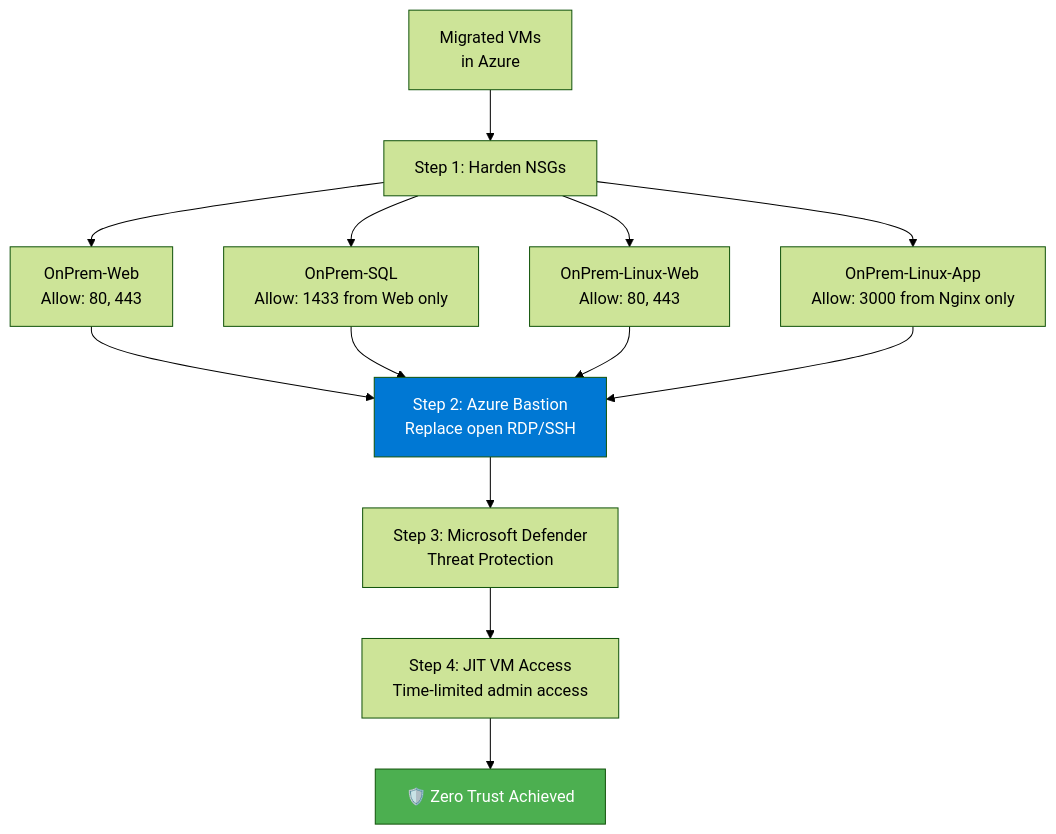
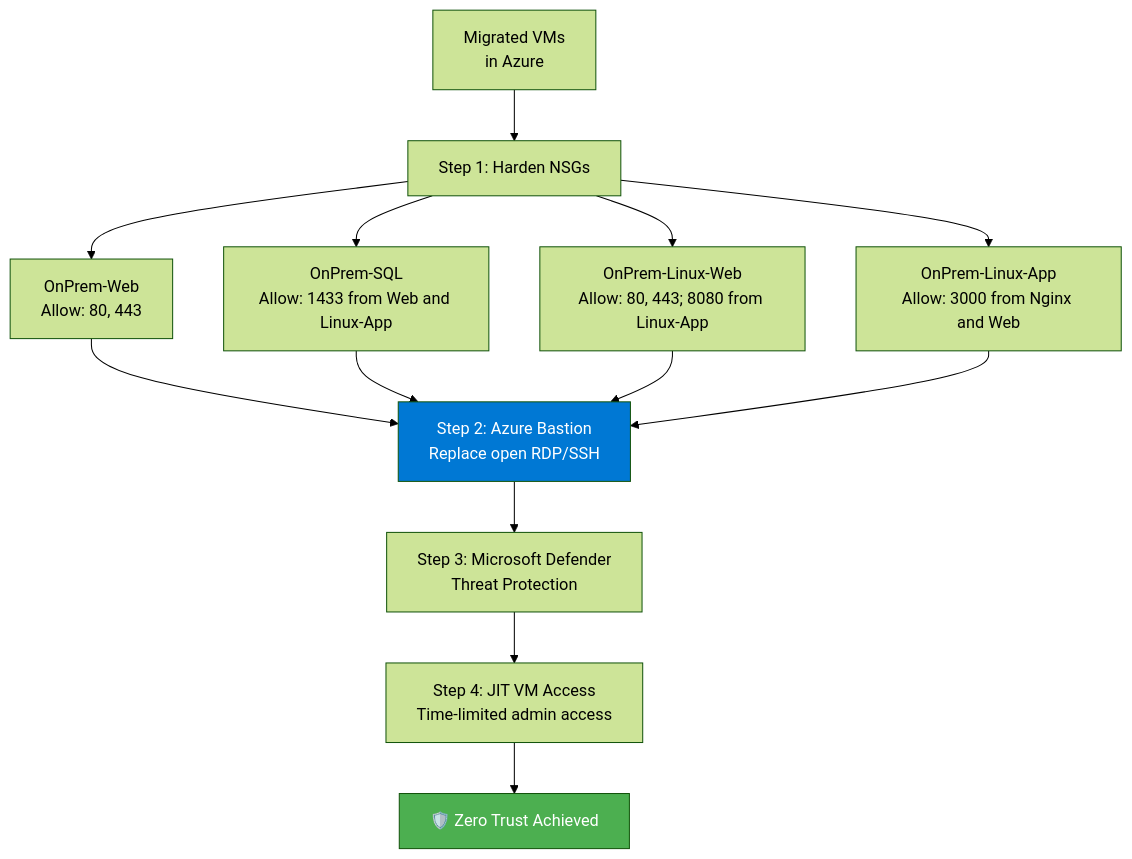
One commit to JBibbs19/azure-migrate-workshop changed the second of 4 diagrams in docs/Module-5-Post-Migration.md. Above: the diagram before and after it, drawn with Mermaid (forest theme). The commit also changed other lines of this file and 56 other files, not shown here.

````diff
--- a/docs/Module-5-Post-Migration.md
+++ b/docs/Module-5-Post-Migration.md
@@ -426,16 +436,16 @@
 ```mermaid
 flowchart TD
     Start["Migrated VMs<br/>in Azure"] --> NSG["Step 1: Harden NSGs"]
     NSG --> Web["OnPrem-Web<br/>Allow: 80, 443"]
-    NSG --> SQL["OnPrem-SQL<br/>Allow: 1433 from Web only"]
-    NSG --> Nginx["OnPrem-Linux-Web<br/>Allow: 80, 443"]
-    NSG --> TomcatApp["OnPrem-Linux-App<br/>Allow: 3000 from Nginx only"]
+    NSG --> SQL["OnPrem-SQL<br/>Allow: 1433 from Web and Linux-App"]
+    NSG --> Nginx["OnPrem-Linux-Web<br/>Allow: 80, 443; 8080 from Linux-App"]
+    NSG --> TomcatApp["OnPrem-Linux-App<br/>Allow: 3000 from Nginx and Web"]
 
     Web & SQL & Nginx & TomcatApp --> Bastion["Step 2: Azure Bastion<br/>Replace open RDP/SSH"]
     Bastion --> Defender["Step 3: Microsoft Defender<br/>Threat Protection"]
     Defender --> JIT["Step 4: JIT VM Access<br/>Time-limited admin access"]
     JIT --> Done["🛡️ Zero Trust Achieved"]
 
     style Done fill:#4CAF50,color:white
     style Bastion fill:#0078D4,color:white
 ```
````
